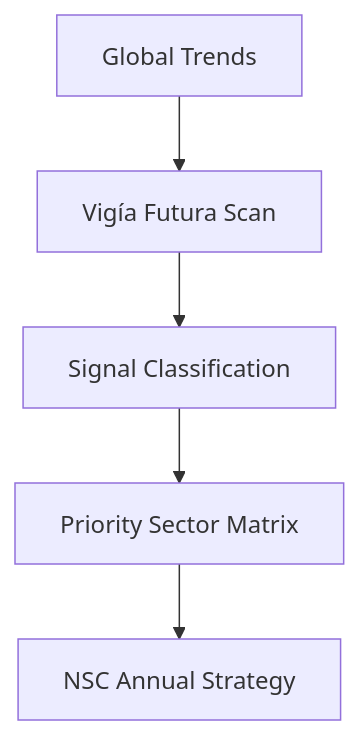
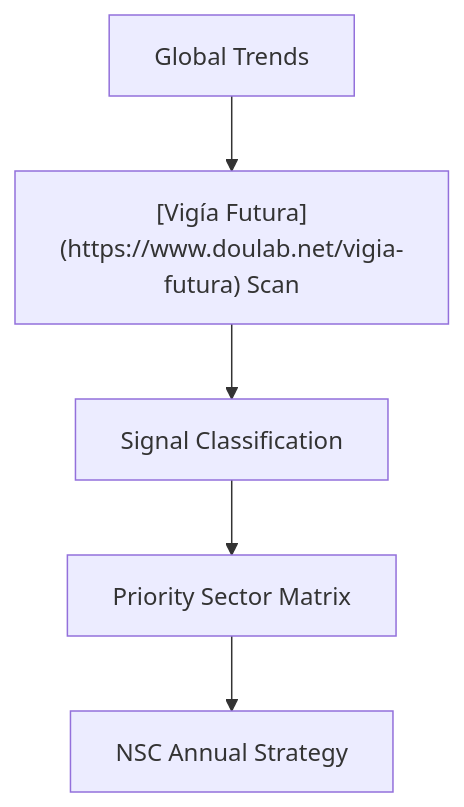
Before and after one commit to doulabglobal/vigia-incubanet-framework: the fourth of 5 diagrams in vif/annexes/annex-10-mel-framework.md, drawn with Mermaid. The commit also changed other lines of this file and 22 other files, not shown here.

Commit message:
chore: Updated links to Doulab, IMM-P, Vigia Futura and MicroCanvas Framework. Added the license project wide

````diff
--- a/vif/annexes/annex-10-mel-framework.md
+++ b/vif/annexes/annex-10-mel-framework.md
@@ -162,7 +162,7 @@
 ```mermaid
 flowchart TD
-    A[Global Trends] --> B[Vigía Futura Scan]
+    A[Global Trends] --> B["[Vigía Futura](https://www.doulab.net/vigia-futura) Scan"]
     B --> C[Signal Classification]
     C --> D[Priority Sector Matrix]
     D --> E[NSC Annual Strategy]
 ```
````
